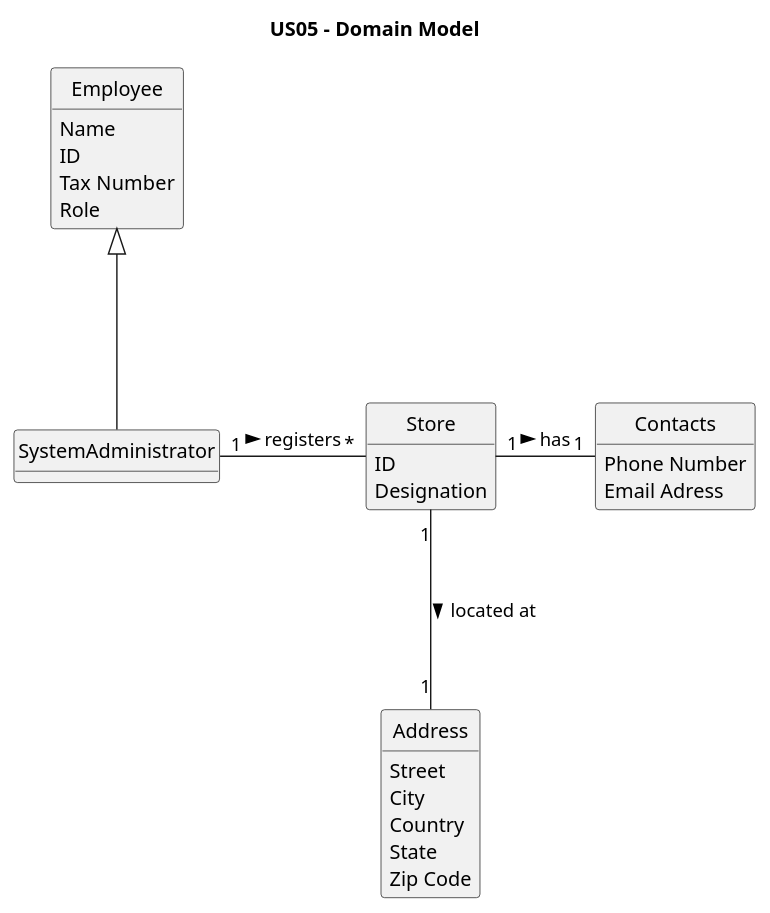
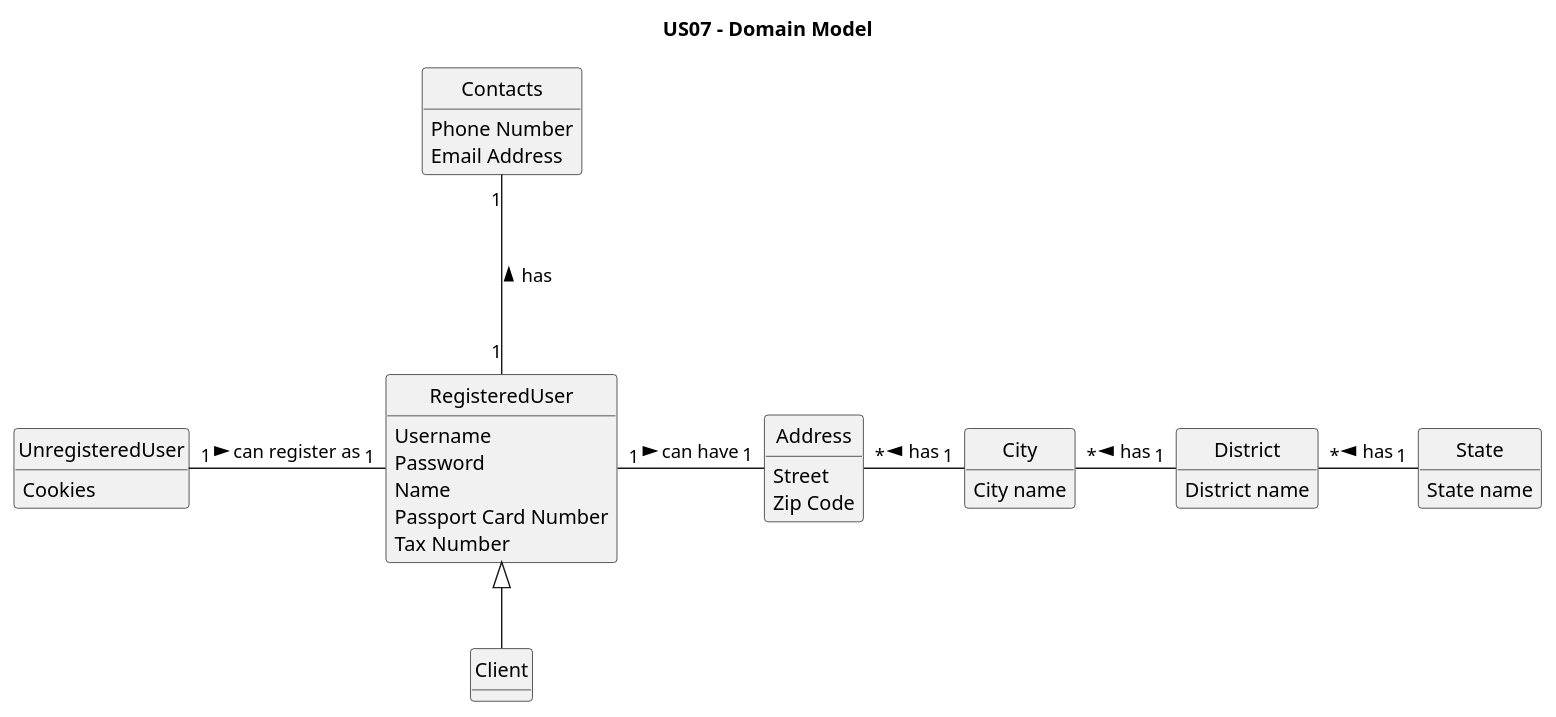
One commit to PureNimble/ISEP-LAPR2 changed the diagram in docs/sprintB/US07/02.analysis/puml/us07-domain-model.puml. Above: the diagram before and after it, drawn with PlantUML. The commit also changed 13 other files, not shown here.

```diff
--- a/docs/sprintB/US07/02.analysis/puml/us07-domain-model.puml
+++ b/docs/sprintB/US07/02.analysis/puml/us07-domain-model.puml
@@ -1,55 +1,59 @@
 @startuml
 
-title US05 - Domain Model
+title US07 - Domain Model
 
 skinparam groupInheritance 2
 skinparam monochrome true
 skinparam packageStyle rectangle
 skinparam shadowing false
 skinparam classAttributeIconSize 0
 hide circle
 hide methods
 
-class SystemAdministrator
-
-class Address
-
-class Contacts
-
-class Store
-
-class SystemAdministrator{
-
+class UnregisteredUser {
+    Cookies
 }
 
-class Employee{
-    Name
-    ID
-    Tax Number
-    Role
+class Client {
+    
 }
 
 class Contacts {
     Phone Number
-    Email Adress
+    Email Address
 }
 
-class Store {
-    ID
-    Designation
+class State {
+    State name
+}
+
+class RegisteredUser {
+    Username
+    Password
+    Name
+    Passport Card Number
+    Tax Number
+}
+
+class District {
+    District name
+}
+
+class City {
+    City name
 }
 
 class Address {
     Street
-    City
-    Country
-    State
     Zip Code
 }
 
-Store "1" -down-- "1" Address: located at >
-Store "1" -right-- "1" Contacts: has >
-SystemAdministrator "1" -right-- "*" Store: registers >
-Employee <|--- SystemAdministrator
+UnregisteredUser "1" -right-- "1" RegisteredUser : can register as >
+State "1" -left-- "*" District : has >
+District "1" -left-- "*" City : has >
+City "1" -left-- "*" Address : has >
+RegisteredUser "1" -right-- "1" Address : can have >
+RegisteredUser "1" -up-- "1" Contacts : has >
+RegisteredUser <|-- Client
 
 @enduml
```
